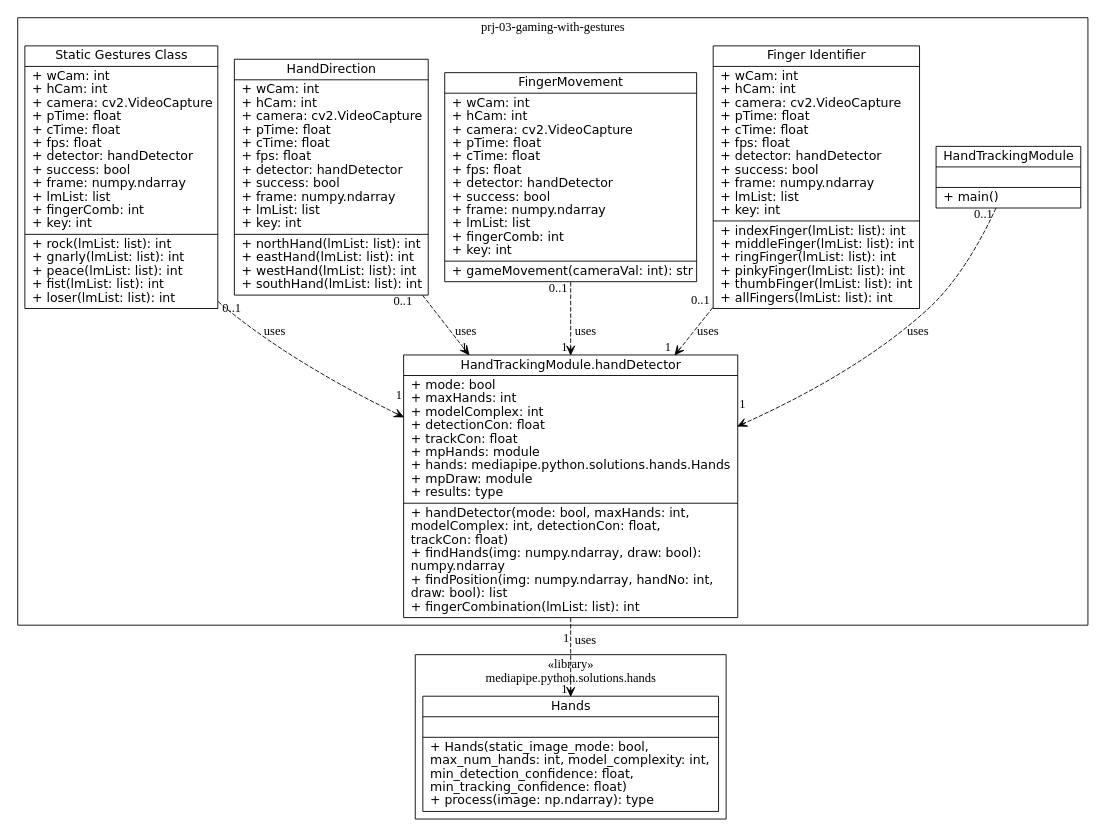
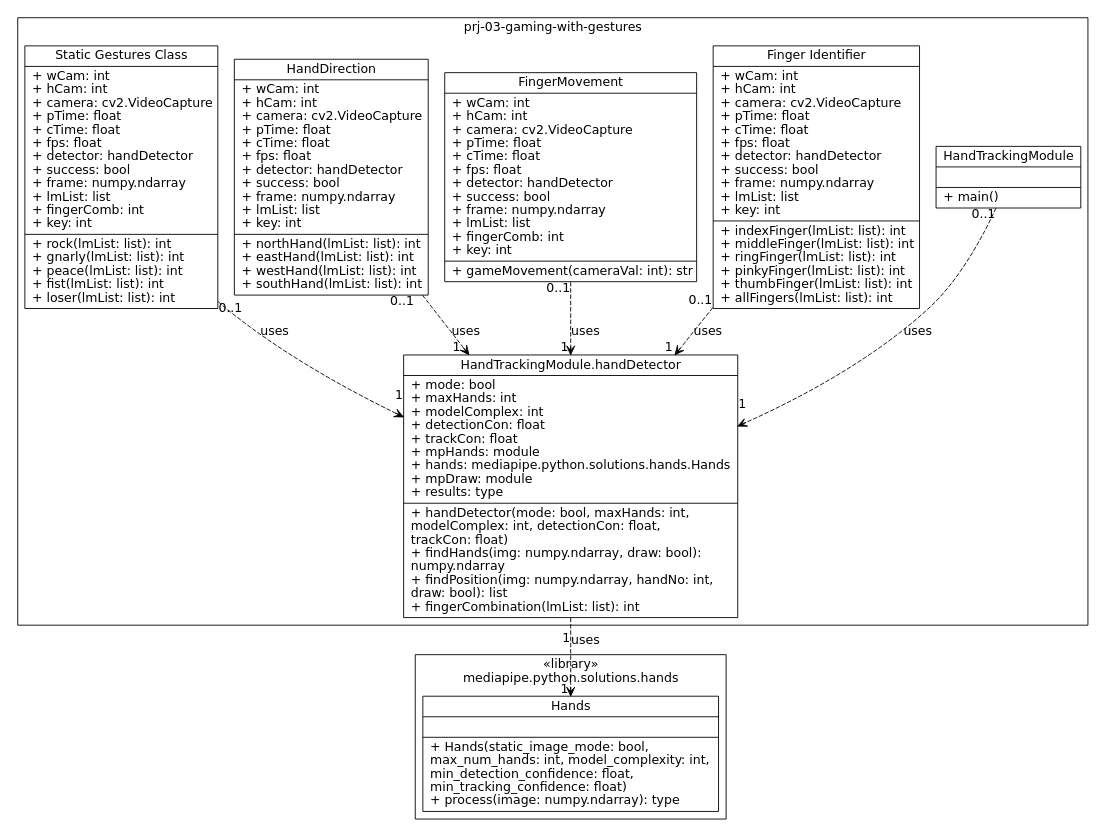
The diagram in Gestures.UML.dot (CIS3296SoftwareDesignF21/prj-03-gaming-with-gestures), drawn with Graphviz before and after one commit. The commit also changed 3 other files, not shown here.

```diff
--- a/Gestures.UML.dot
+++ b/Gestures.UML.dot
@@ -1,180 +1,188 @@
 digraph GamingWithGestures {
+    graph [
+        fontname = "Verdana,DejaVu Sans,Bitstream Vera Sans"
+    ]
+
     node [
         shape = "record",
         fontname = "Verdana,DejaVu Sans,Bitstream Vera Sans"
     ];
+
+    edge [
+        fontname = "Verdana,DejaVu Sans,Bitstream Vera Sans"
+    ]
 
     subgraph cluster_mediapipe_python_solutions_hands
     {
         label = "«library»\nmediapipe.python.solutions.hands";
 
         Hands [
             label = "{\N||+
                 Hands(static_image_mode: bool,\l
                  max_num_hands: int, model_complexity: int,\l
                  min_detection_confidence: float,\l
                  min_tracking_confidence: float)\l+
-                process(image: np.ndarray): type\l
+                process(image: numpy.ndarray): type\l
             }";
         ];
     };
 
     subgraph cluster_Prj03
     {
         label = "prj-03-gaming-with-gestures";
 
         HandTrackingModule [
             label = "{\N||+
                 main()\l
             }";
         ];
 
         handDetector [
             label = "{HandTrackingModule.\N
                 |+
                     mode: bool\l+
                     maxHands: int\l+
                     modelComplex: int\l+
                     detectionCon: float\l+
                     trackCon: float\l+
                     mpHands: module\l+
                     hands: mediapipe.python.solutions.hands.Hands\l+
                     mpDraw: module\l+
                     results: type\l
                 |+
                     handDetector(mode: bool, maxHands: int,\l
                      modelComplex: int, detectionCon: float,\l
                      trackCon: float)\l+
                     findHands(img: numpy.ndarray, draw: bool):\l
                      numpy.ndarray\l+
                     findPosition(img: numpy.ndarray, handNo: int,\l
                      draw: bool): list\l+
                     fingerCombination(lmList: list): int\l
             }"
         ]
 
         FingerIdentifier [
             label = "{Finger Identifier
                 |+
                     wCam: int\l+
                     hCam: int\l+
                     camera: cv2.VideoCapture\l+
                     pTime: float\l+
                     cTime: float\l+
                     fps: float\l+
                     detector: handDetector\l+
                     success: bool\l+
                     frame: numpy.ndarray\l+
                     lmList: list\l+
                     key: int\l
                 |+
                     indexFinger(lmList: list): int\l+
                     middleFinger(lmList: list): int\l+
                     ringFinger(lmList: list): int\l+
                     pinkyFinger(lmList: list): int\l+
                     thumbFinger(lmList: list): int\l+
                     allFingers(lmList: list): int\l
             }"
         ];
 
         FingerMovement [
             label = "{\N
                 |+
                     wCam: int\l+
                     hCam: int\l+
                     camera: cv2.VideoCapture\l+
                     pTime: float\l+
                     cTime: float\l+
                     fps: float\l+
                     detector: handDetector\l+
                     success: bool\l+
                     frame: numpy.ndarray\l+
                     lmList: list\l+
                     fingerComb: int\l+
                     key: int\l
                 |+
                     gameMovement(cameraVal: int): str\l
             }"
         ]
 
         HandDirection [
             label = "{\N
                 |+
                     wCam: int\l+
                     hCam: int\l+
                     camera: cv2.VideoCapture\l+
                     pTime: float\l+
                     cTime: float\l+
                     fps: float\l+
                     detector: handDetector\l+
                     success: bool\l+
                     frame: numpy.ndarray\l+
                     lmList: list\l+
                     key: int\l
                 |+
                     northHand(lmList: list): int\l+
                     eastHand(lmList: list): int\l+
                     westHand(lmList: list): int\l+
                     southHand(lmList: list): int\l
             }"
         ];
 
         StaticGesturesClass [
             label = "{Static Gestures Class
                 |+
                     wCam: int\l+
                     hCam: int\l+
                     camera: cv2.VideoCapture\l+
                     pTime: float\l+
                     cTime: float\l+
                     fps: float\l+
                     detector: handDetector\l+
                     success: bool\l+
                     frame: numpy.ndarray\l+
                     lmList: list\l+
                     fingerComb: int\l+
                     key: int\l
                 |+
                     rock(lmList: list): int\l+
                     gnarly(lmList: list): int\l+
                     peace(lmList: list): int\l+
                     fist(lmList: list): int\l+
                     loser(lmList: list): int\l
             }"
         ];
 
     };
 
     handDetector -> Hands [
         style="dashed", label="uses",
         taillabel="\n1",
         arrowhead="vee", headlabel="1 "
     ]
 
     HandTrackingModule -> handDetector [
         style="dashed", label="uses",
         taillabel="0..1",
         arrowhead="vee", headlabel="1\n\n"
     ];
     FingerIdentifier -> handDetector [
         style="dashed", label="uses",
         taillabel="0..1",
         arrowhead="vee", headlabel="   1"
     ];
     FingerMovement -> handDetector [
         style="dashed", label="uses",
         taillabel="0..1",
         arrowhead="vee", headlabel="1 "
     ];
     HandDirection -> handDetector [
         style="dashed", label="uses",
         taillabel="0..1  ",
-        arrowhead="vee", headlabel="1\n"
+        arrowhead="vee", headlabel="1  \n"
     ];
     StaticGesturesClass -> handDetector [
         style="dashed", label="uses",
         taillabel="0..1   ",
         arrowhead="vee", headlabel="1\n\n"
     ];
 
 }
```
